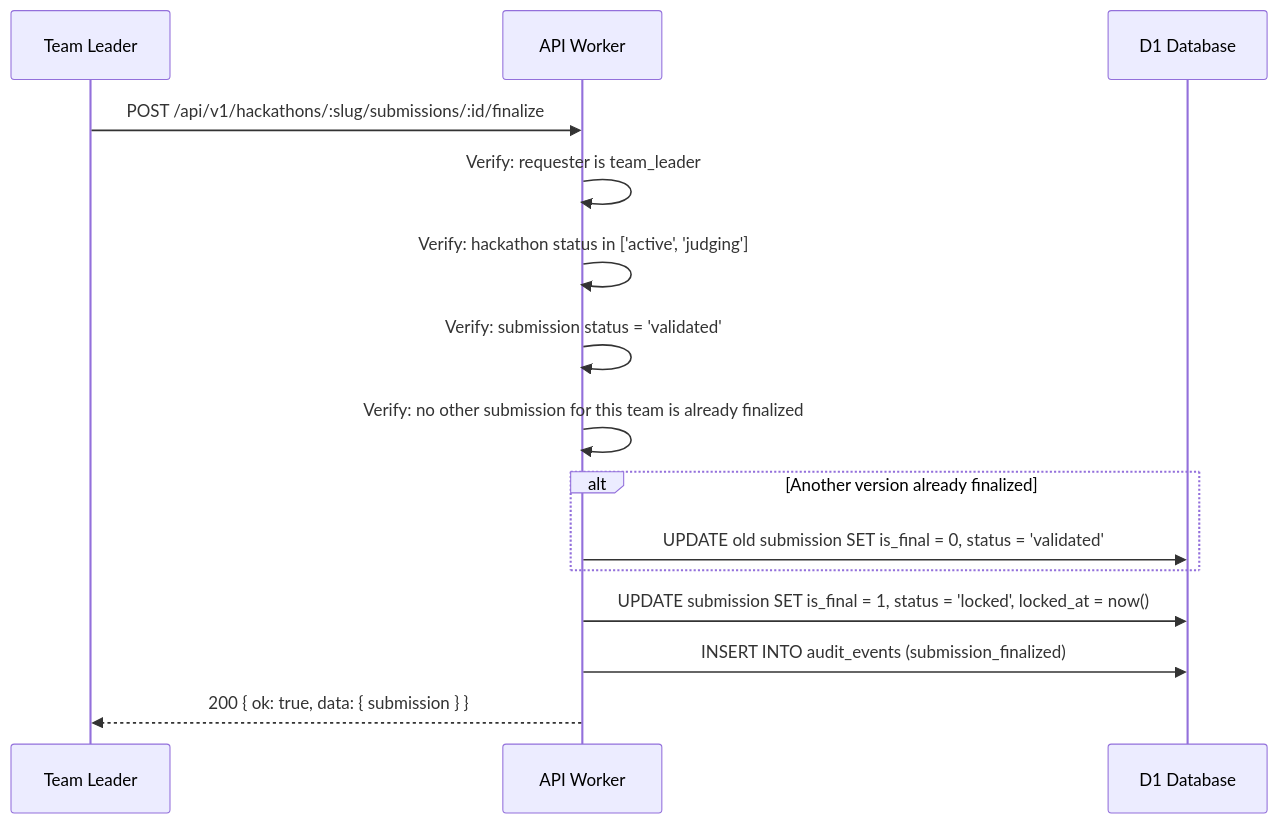
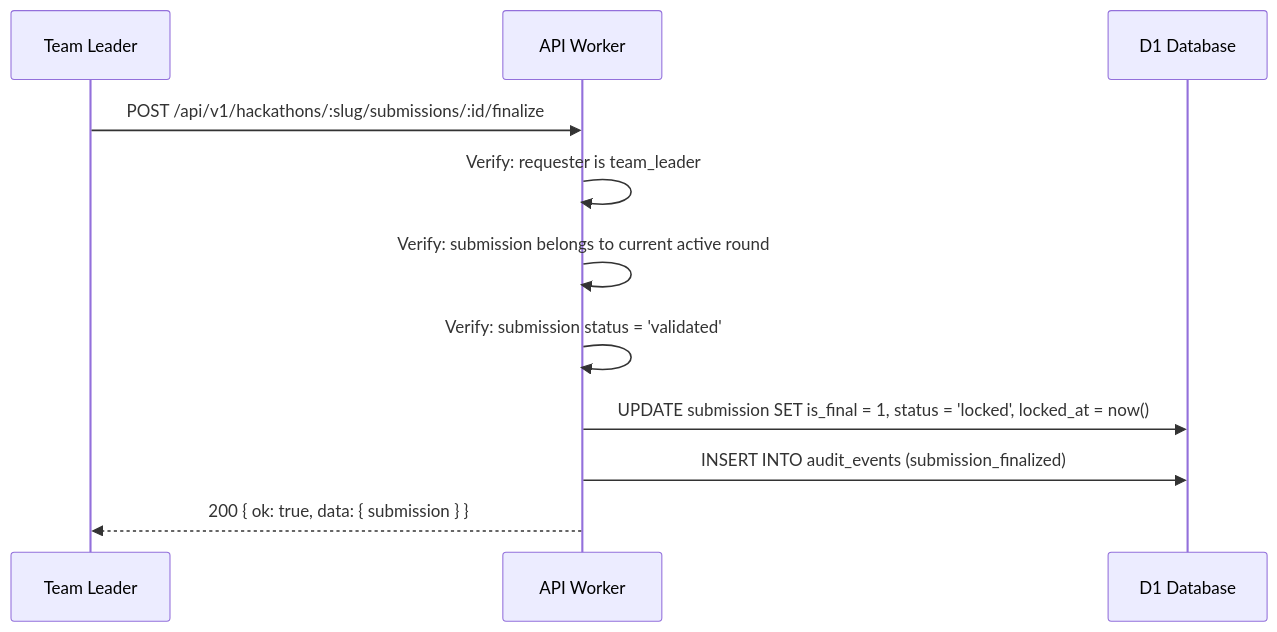
Before and after one commit to devangshupandey2025-stack/DevSage: diagram 12 of 12 in docs/v3/planned/submissions.md, drawn with Mermaid. The commit also changed other lines of this file, not shown here.

````diff
--- a/docs/v3/planned/submissions.md
+++ b/docs/v3/planned/submissions.md
@@ -550,20 +615,15 @@
 ```mermaid
 sequenceDiagram
     participant L as Team Leader
     participant W as API Worker
     participant D1 as D1 Database
 
     L->>W: POST /api/v1/hackathons/:slug/submissions/:id/finalize
     W->>W: Verify: requester is team_leader
-    W->>W: Verify: hackathon status in ['active', 'judging']
+    W->>W: Verify: submission belongs to current active round
     W->>W: Verify: submission status = 'validated'
-    W->>W: Verify: no other submission for this team is already finalized
-
-    alt Another version already finalized
-        W->>D1: UPDATE old submission SET is_final = 0, status = 'validated'
-    end
 
     W->>D1: UPDATE submission SET is_final = 1, status = 'locked', locked_at = now()
     W->>D1: INSERT INTO audit_events (submission_finalized)
     W-->>L: 200 { ok: true, data: { submission } }
 ```
````
